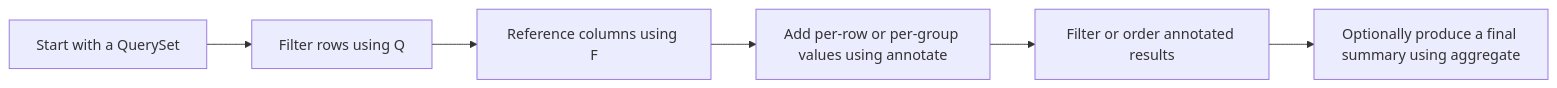
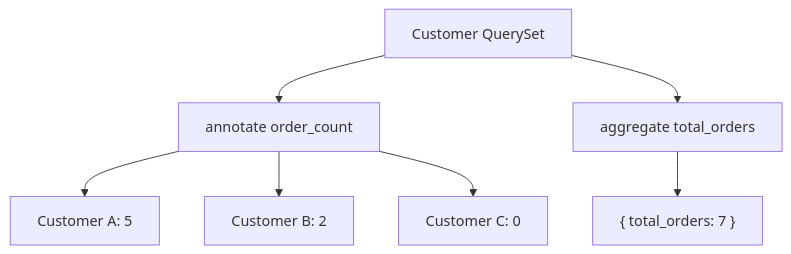
Before and after one commit to AvadhBhalodiya/Interview-Preparation: the third of 5 diagrams in src/content/django/q-f-annotate-aggregate.md, drawn with Mermaid. The commit also changed other lines of this file and 80 other files, not shown here.

````diff
--- a/src/content/django/q-f-annotate-aggregate.md
+++ b/src/content/django/q-f-annotate-aggregate.md
@@ -172,8 +722,12 @@
 ```mermaid
-flowchart LR
-    A[Start with a QuerySet] --> B[Filter rows using Q]
-    B --> C[Reference columns using F]
-    C --> D[Add per-row or per-group values using annotate]
-    D --> E[Filter or order annotated results]
-    E --> F[Optionally produce a final summary using aggregate]
+flowchart TD
+    Q[Customer QuerySet]
+
+    Q --> A[annotate order_count]
+    A --> A1[Customer A: 5]
+    A --> A2[Customer B: 2]
+    A --> A3[Customer C: 0]
+
+    Q --> B[aggregate total_orders]
+    B --> B1["{ total_orders: 7 }"]
 ```
````
